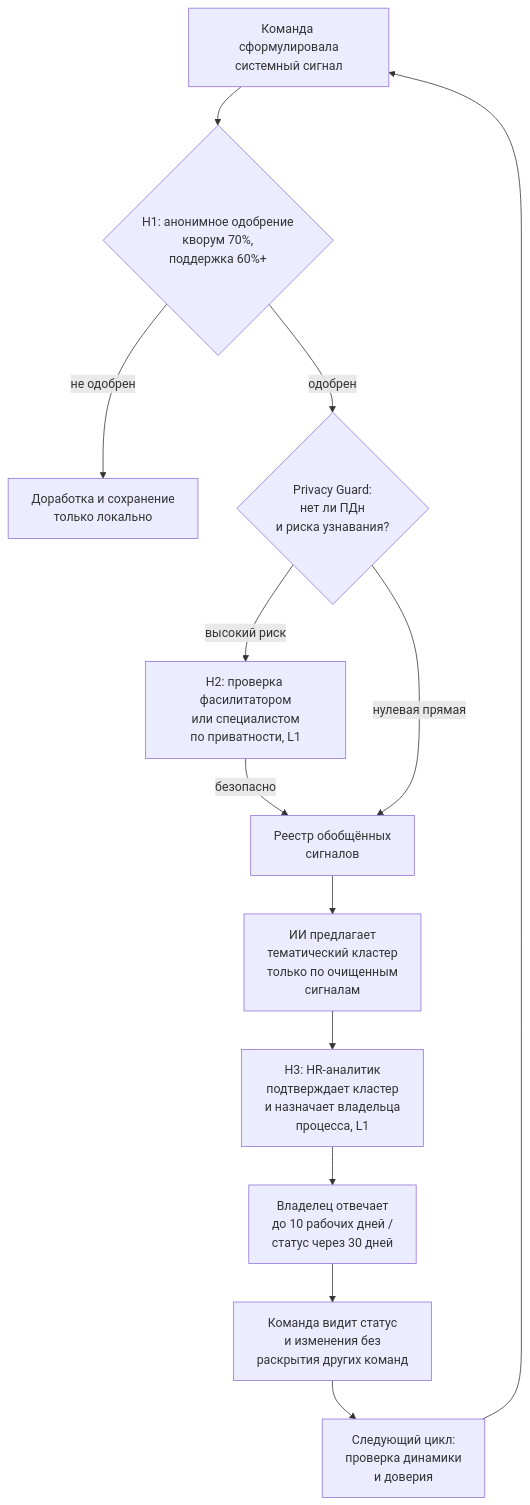
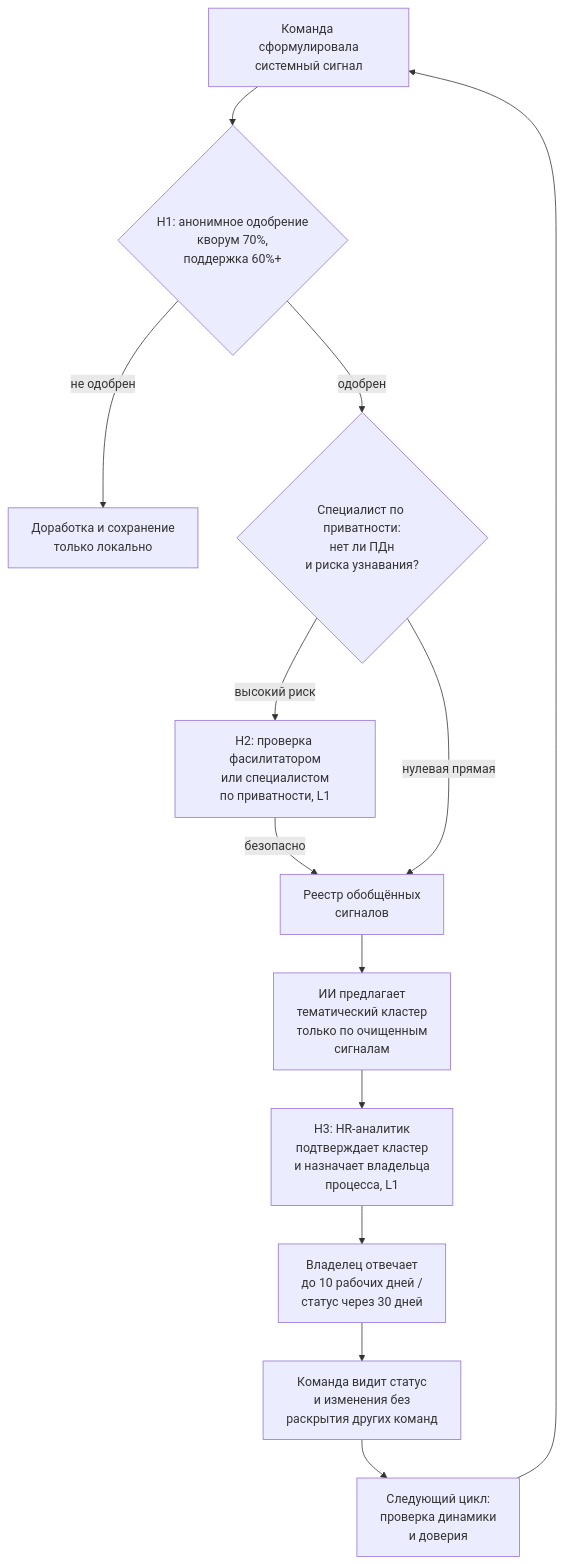
Before and after one commit to CarabasBarabas/team-other-03: the second of 3 diagrams in docs/03_tobe_architecture.md, drawn with Mermaid. The commit also changed other lines of this file, not shown here.

````diff
--- a/docs/03_tobe_architecture.md
+++ b/docs/03_tobe_architecture.md
@@ -41,15 +41,15 @@
 ```mermaid
 flowchart TD
     A["Команда сформулировала<br/>системный сигнал"] --> B{"H1: анонимное одобрение<br/>кворум 70%,<br/>поддержка 60%+"}
     B -->|"не одобрен"| B1["Доработка и сохранение<br/>только локально"]
-    B -->|"одобрен"| C{"Privacy Guard:<br/>нет ли ПДн<br/>и риска узнавания?"}
+    B -->|"одобрен"| C{"Специалист по приватности:<br/>нет ли ПДн<br/>и риска узнавания?"}
     C -->|"высокий риск"| D["H2: проверка фасилитатором<br/>или специалистом<br/>по приватности, L1"]
     D -->|"безопасно"| E["Реестр обобщённых<br/>сигналов"]
     C -->|"нулевая прямая"| E
     E --> F["ИИ предлагает<br/>тематический кластер<br/>только по очищенным<br/>сигналам"]
     F --> G["H3: HR-аналитик<br/>подтверждает кластер<br/>и назначает владельца<br/>процесса, L1"]
     G --> H["Владелец отвечает<br/>до 10 рабочих дней /<br/>статус через 30 дней"]
     H --> I["Команда видит статус<br/>и изменения без<br/>раскрытия других команд"]
     I --> J["Следующий цикл:<br/>проверка динамики<br/>и доверия"]
     J --> A
 ```
````
